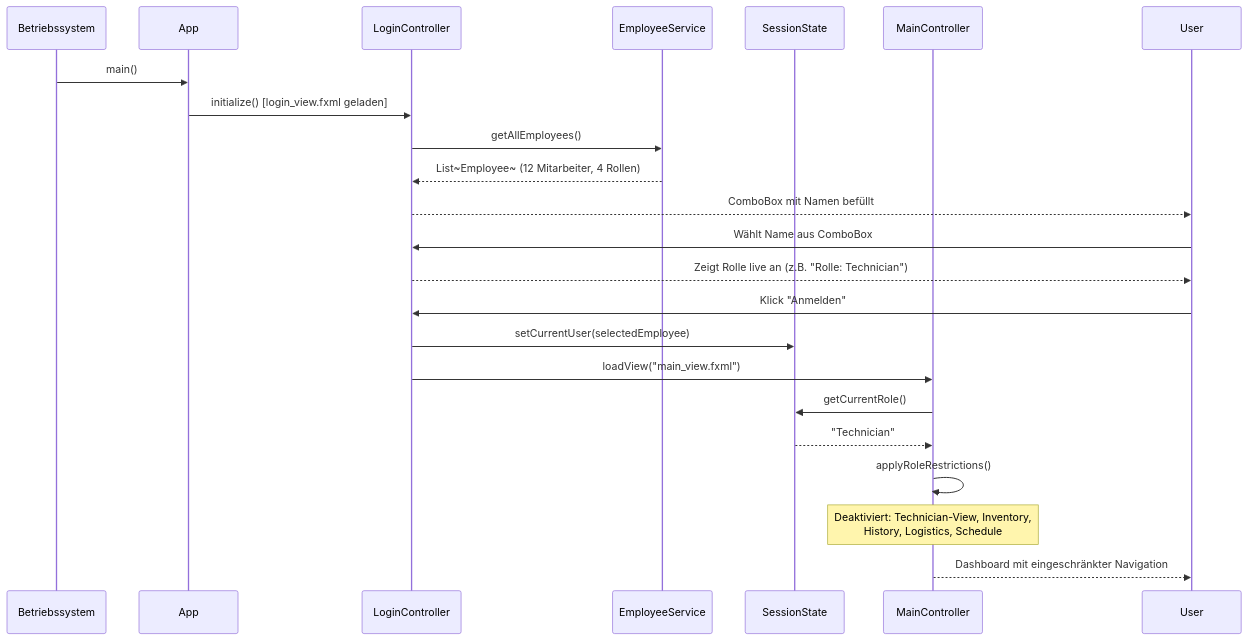
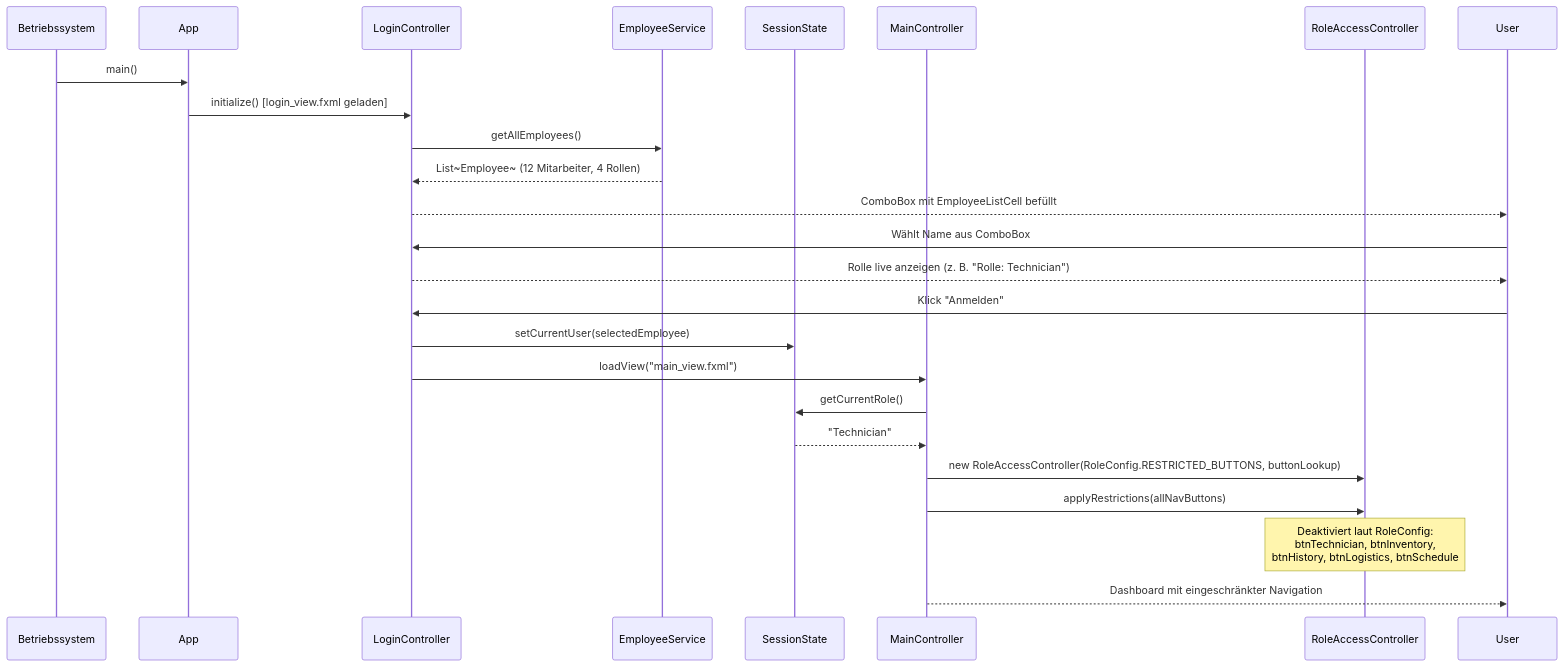
One commit to BassmaT/ShuttleLogisticGroup5 changed the seventh of 7 diagrams in README.md. Above: the diagram before and after it, drawn with Mermaid. The commit also changed other lines of this file and 95 other files, not shown here.

````diff
--- a/README.md
+++ b/README.md
@@ -358,28 +964,30 @@
 ```mermaid
 sequenceDiagram
     participant OS as Betriebssystem
     participant App
     participant LC as LoginController
     participant ES as EmployeeService
     participant SS as SessionState
     participant MC as MainController
+    participant RAC as RoleAccessController
 
     OS->>App: main()
     App->>LC: initialize() [login_view.fxml geladen]
     LC->>ES: getAllEmployees()
     ES-->>LC: List~Employee~ (12 Mitarbeiter, 4 Rollen)
-    LC-->>User: ComboBox mit Namen befüllt
+    LC-->>User: ComboBox mit EmployeeListCell befüllt
 
     User->>LC: Wählt Name aus ComboBox
-    LC-->>User: Zeigt Rolle live an (z.B. "Rolle: Technician")
+    LC-->>User: Rolle live anzeigen (z. B. "Rolle: Technician")
 
     User->>LC: Klick "Anmelden"
     LC->>SS: setCurrentUser(selectedEmployee)
     LC->>MC: loadView("main_view.fxml")
 
     MC->>SS: getCurrentRole()
     SS-->>MC: "Technician"
-    MC->>MC: applyRoleRestrictions()
-    Note over MC: Deaktiviert: Technician-View, Inventory,<br/>History, Logistics, Schedule
+    MC->>RAC: new RoleAccessController(RoleConfig.RESTRICTED_BUTTONS, buttonLookup)
+    MC->>RAC: applyRestrictions(allNavButtons)
+    Note over RAC: Deaktiviert laut RoleConfig:<br/>btnTechnician, btnInventory,<br/>btnHistory, btnLogistics, btnSchedule
     MC-->>User: Dashboard mit eingeschränkter Navigation
 ```
````
